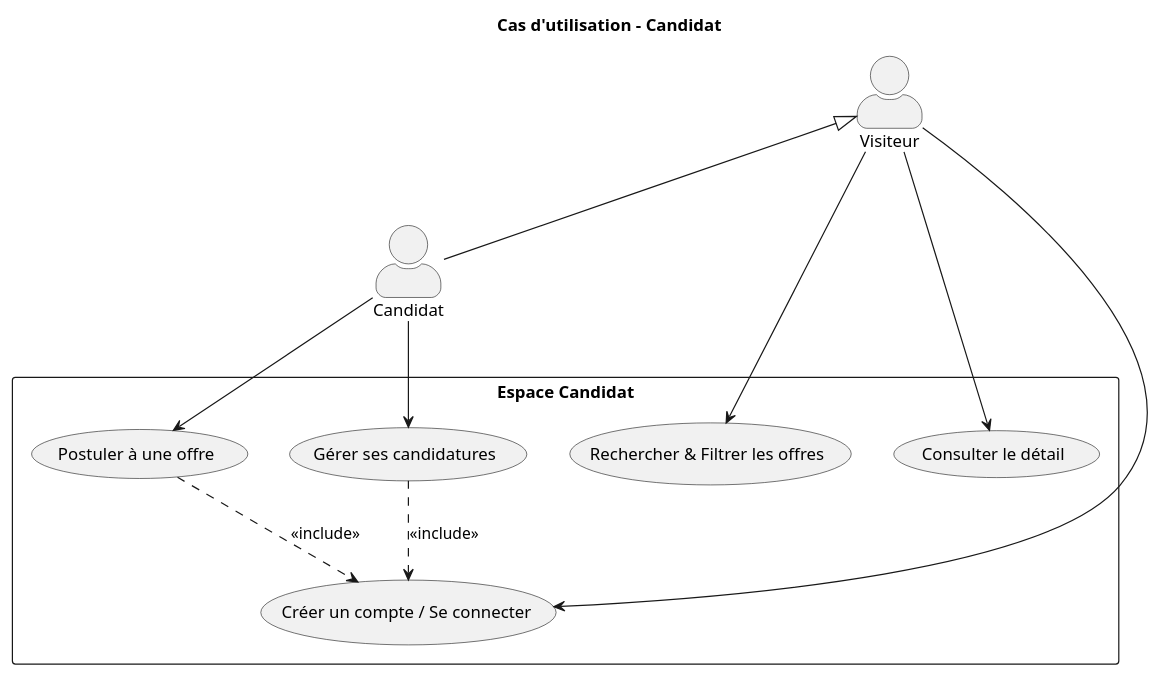
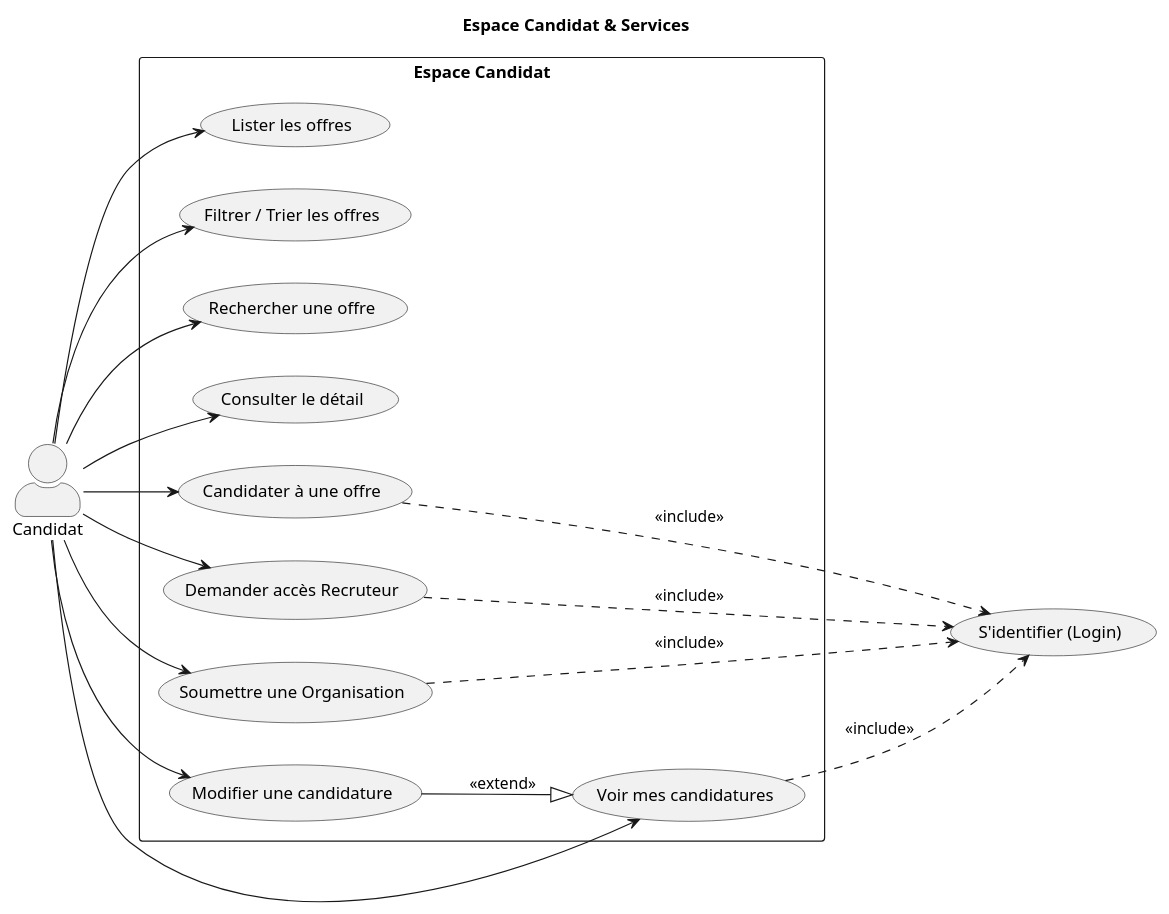
Before and after one commit to djibril-haddadi/U-Recrut: the diagram in TD1/Use Case/Vue Candidat.puml, drawn with PlantUML. The commit also changed 8 other files, not shown here.

Commit message:
Mise à jour des diagrammes de cas d'utilisation et des fichiers associés pour refléter les changements dans les fonctionnalités et les rôles des utilisateurs.

```diff
--- a/TD1/Use Case/Vue Candidat.puml
+++ b/TD1/Use Case/Vue Candidat.puml
@@ -1,26 +1,38 @@
 @startuml
-title Cas d'utilisation - Candidat
+title Espace Candidat & Services
+left to right direction
 skinparam actorStyle awesome
 
-actor "Visiteur" as V
 actor "Candidat" as C
-V <|-- C
+usecase "S'identifier (Login)" as Auth
 
 rectangle "Espace Candidat" {
-    (Créer un compte / Se connecter) as Auth
-    (Rechercher & Filtrer les offres) as Search
-    (Consulter le détail) as View
-    (Postuler à une offre) as Apply
-    (Gérer ses candidatures) as Manage
+    usecase "Lister les offres" as L
+    usecase "Filtrer / Trier les offres" as F
+    usecase "Rechercher une offre" as S
+    usecase "Consulter le détail" as D
+    usecase "Candidater à une offre" as A
+    usecase "Voir mes candidatures" as M
+    usecase "Modifier une candidature" as E
     
-    V --> Search
-    V --> View
-    V --> Auth
-    
-    C --> Apply
-    C --> Manage
-    
-    Apply ..> Auth : <<include>>
-    Manage ..> Auth : <<include>>
+    usecase "Demander accès Recruteur" as ReqR
+    usecase "Soumettre une Organisation" as ReqO
 }
+
+C --> L
+C --> F
+C --> S
+C --> D
+C --> A
+C --> M
+C --> E
+C --> ReqR
+C --> ReqO
+
+' Relations de dépendance
+A ..> Auth : <<include>>
+M ..> Auth : <<include>>
+ReqR ..> Auth : <<include>>
+ReqO ..> Auth : <<include>>
+E --|> M : <<extend>>
 @enduml
```
